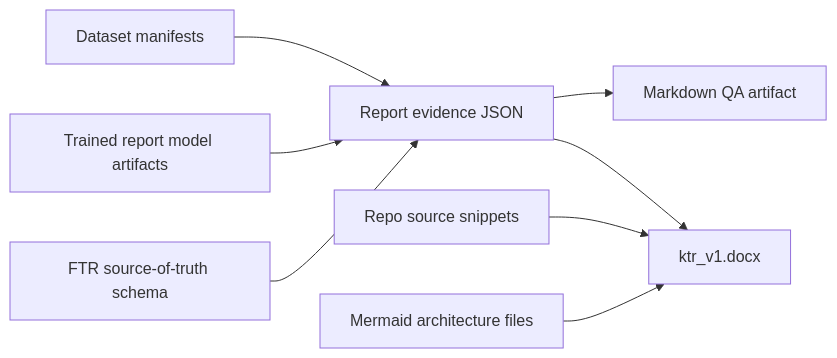
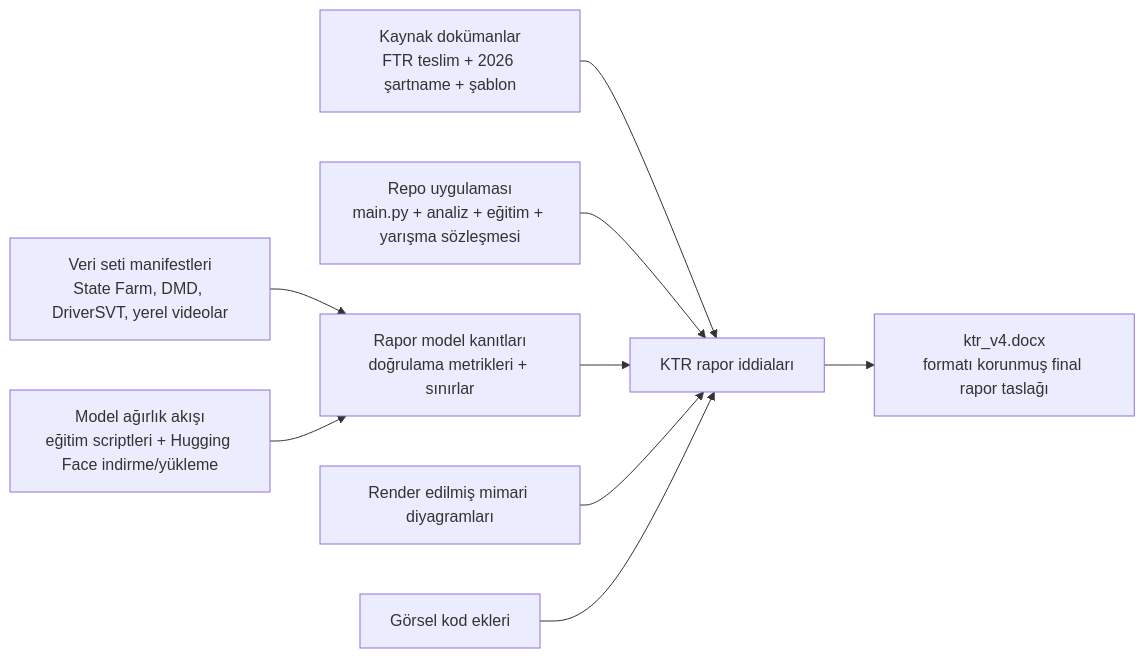
Before and after one commit to AlperKartkaya/qode: the diagram in docs/diagrams/report_evidence_trace.mmd, drawn with Mermaid. The commit also changed 20 other files, not shown here.

```diff
--- a/docs/diagrams/report_evidence_trace.mmd
+++ b/docs/diagrams/report_evidence_trace.mmd
@@ -1,8 +1,9 @@
 flowchart LR
-    A["Dataset manifests"] --> D["Report evidence JSON"]
-    B["Trained report model artifacts"] --> D
-    C["FTR source-of-truth schema"] --> D
-    D --> E["Markdown QA artifact"]
-    D --> F["ktr_v1.docx"]
-    G["Repo source snippets"] --> F
-    H["Mermaid architecture files"] --> F
+    A["Kaynak dokümanlar\nFTR teslim + 2026 şartname + şablon"] --> E["KTR rapor iddiaları"]
+    B["Repo uygulaması\nmain.py + analiz + eğitim + yarışma sözleşmesi"] --> E
+    C["Veri seti manifestleri\nState Farm, DMD, DriverSVT, yerel videolar"] --> F["Rapor model kanıtları\ndoğrulama metrikleri + sınırlar"]
+    D["Model ağırlık akışı\neğitim scriptleri + Hugging Face indirme/yükleme"] --> F
+    F --> E
+    G["Render edilmiş mimari diyagramları"] --> E
+    H["Görsel kod ekleri"] --> E
+    E --> I["ktr_v4.docx\nformatı korunmuş final rapor taslağı"]
```
